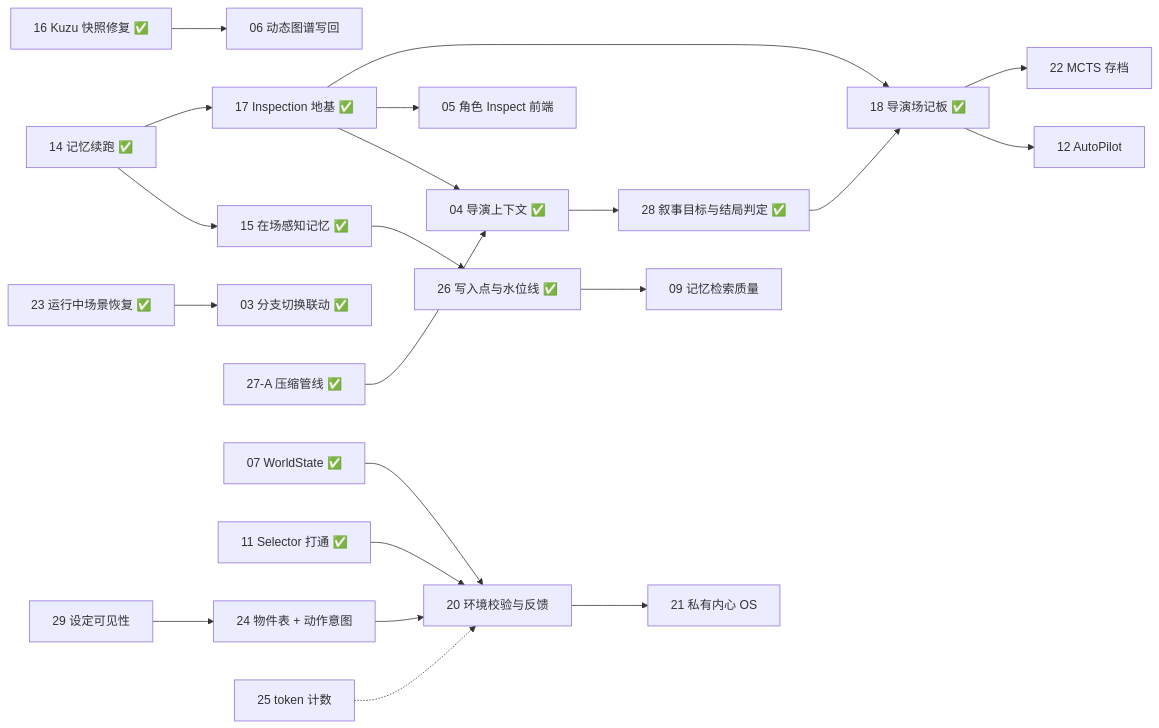
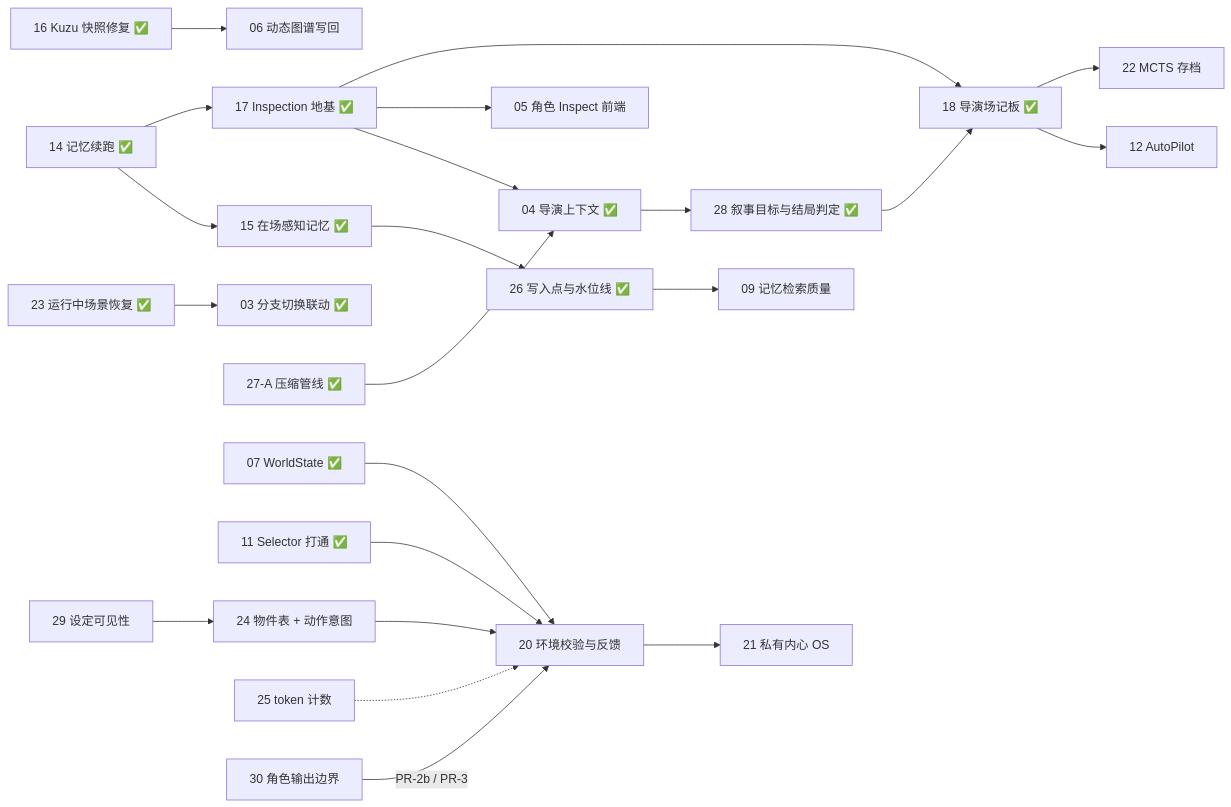
The diagram in docs/fix-tickets/README.md (YuanPeixi/PlotSystem2), drawn with Mermaid before and after one commit. The commit also changed other lines of this file and 4 other files, not shown here.

````diff
--- a/docs/fix-tickets/README.md
+++ b/docs/fix-tickets/README.md
@@ -100,23 +102,24 @@
 ```mermaid
 graph LR
   T14[14 记忆续跑 ✅] --> T15[15 在场感知记忆 ✅]
   T14 --> T17[17 Inspection 地基 ✅]
   T15 --> T26[26 写入点与水位线 ✅]
   T26 --> T09[09 记忆检索质量]
   T16[16 Kuzu 快照修复 ✅] --> T06[06 动态图谱写回]
   T23[23 运行中场景恢复 ✅] --> T03[03 分支切换联动 ✅]
   T17 --> T04[04 导演上下文 ✅]
   T27[27-A 压缩管线 ✅] --> T04
   T04 --> T28[28 叙事目标与结局判定 ✅]
   T28 --> T18[18 导演场记板 ✅]
   T17 --> T05[05 角色 Inspect 前端]
   T17 --> T18
   T18 --> T12[12 AutoPilot]
   T18 --> T22[22 MCTS 存档]
   T07[07 WorldState ✅] --> T20[20 环境校验与反馈]
   T11[11 Selector 打通 ✅] --> T20
   T29[29 设定可见性] --> T24[24 物件表 + 动作意图]
   T24 --> T20
   T25[25 token 计数] -.-> T20
   T20 --> T21[21 私有内心 OS]
+  T30[30 角色输出边界] -->|PR-2b / PR-3| T20
 ```
````
